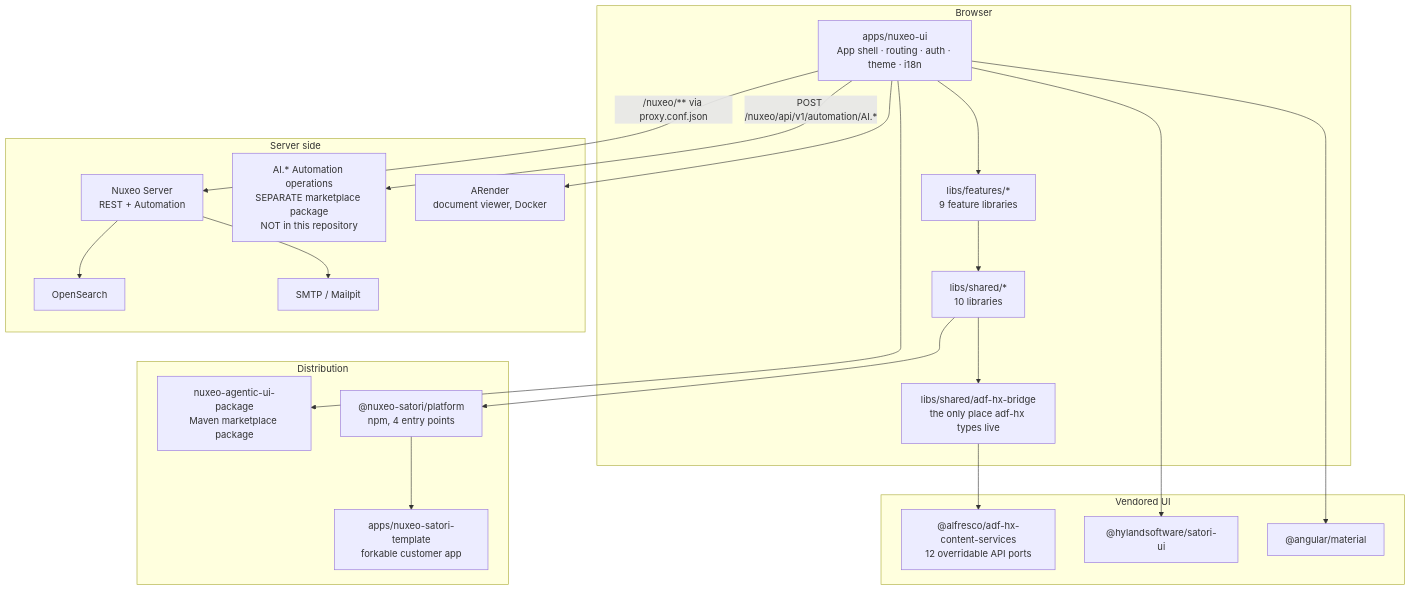
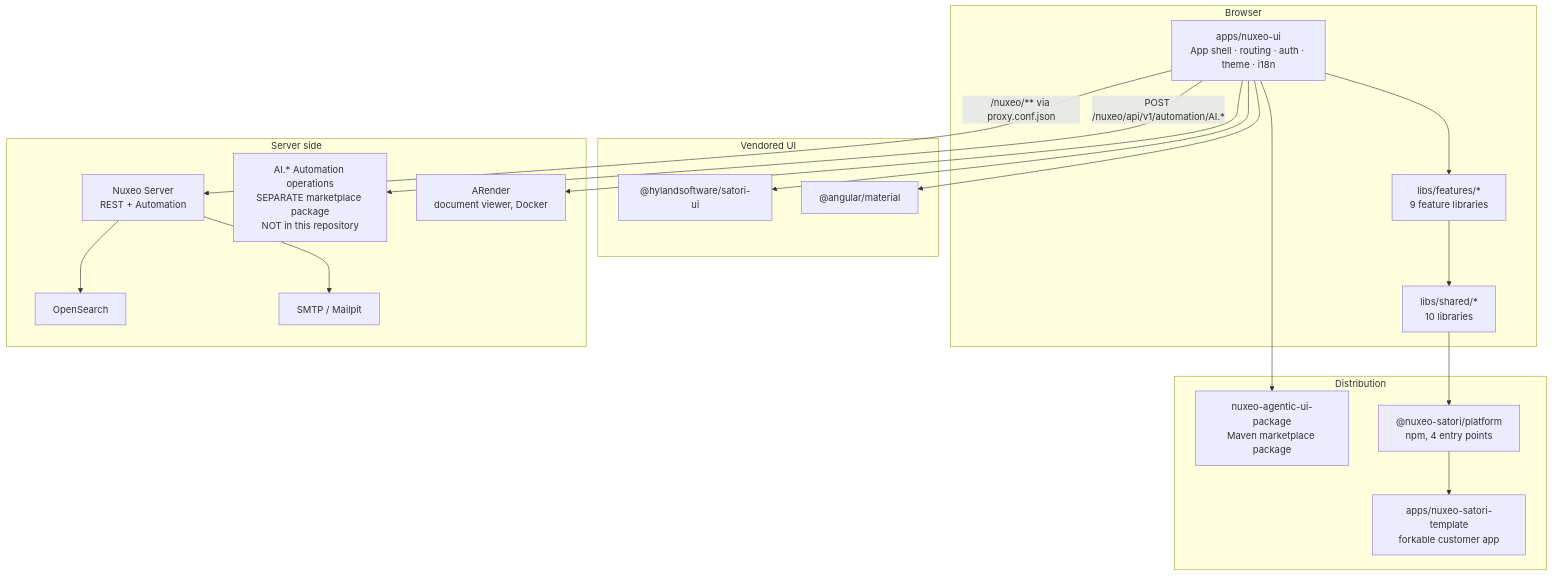
The first of 7 diagrams in documentation/30-engineering/02-architecture.md (nuxeo/Nuxeo-Satori-UI), drawn with Mermaid before and after one commit. The commit also changed other lines of this file and 15 other files, not shown here.

````diff
--- a/documentation/30-engineering/02-architecture.md
+++ b/documentation/30-engineering/02-architecture.md
@@ -20,43 +22,39 @@
 ```mermaid
 flowchart TD
   subgraph browser["Browser"]
     shell["apps/nuxeo-ui<br/>App shell · routing · auth · theme · i18n"]
     feat["libs/features/*<br/>9 feature libraries"]
     shared["libs/shared/*<br/>10 libraries"]
-    bridge["libs/shared/adf-hx-bridge<br/>the only place adf-hx types live"]
     shell --> feat --> shared
-    shared --> bridge
   end
 
   subgraph vendor["Vendored UI"]
-    adfhx["@alfresco/adf-hx-content-services<br/>12 overridable API ports"]
     satori["@hylandsoftware/satori-ui"]
     mat["@angular/material"]
   end
-  bridge --> adfhx
   shell --> satori
   shell --> mat
 
   subgraph server["Server side"]
     nuxeo["Nuxeo Server<br/>REST + Automation"]
     os["OpenSearch"]
     ai["AI.* Automation operations<br/>SEPARATE marketplace package<br/>NOT in this repository"]
     arender["ARender<br/>document viewer, Docker"]
     mail["SMTP / Mailpit"]
   end
 
   shell -->|"/nuxeo/** via proxy.conf.json"| nuxeo
   nuxeo --> os
   shell -->|"POST /nuxeo/api/v1/automation/AI.*"| ai
   shell --> arender
   nuxeo --> mail
 
   subgraph dist["Distribution"]
     pkg["nuxeo-agentic-ui-package<br/>Maven marketplace package"]
     plat["@nuxeo-satori/platform<br/>npm, 4 entry points"]
     tmpl["apps/nuxeo-satori-template<br/>forkable customer app"]
   end
   shell --> pkg
   shared --> plat
   plat --> tmpl
 ```
````
